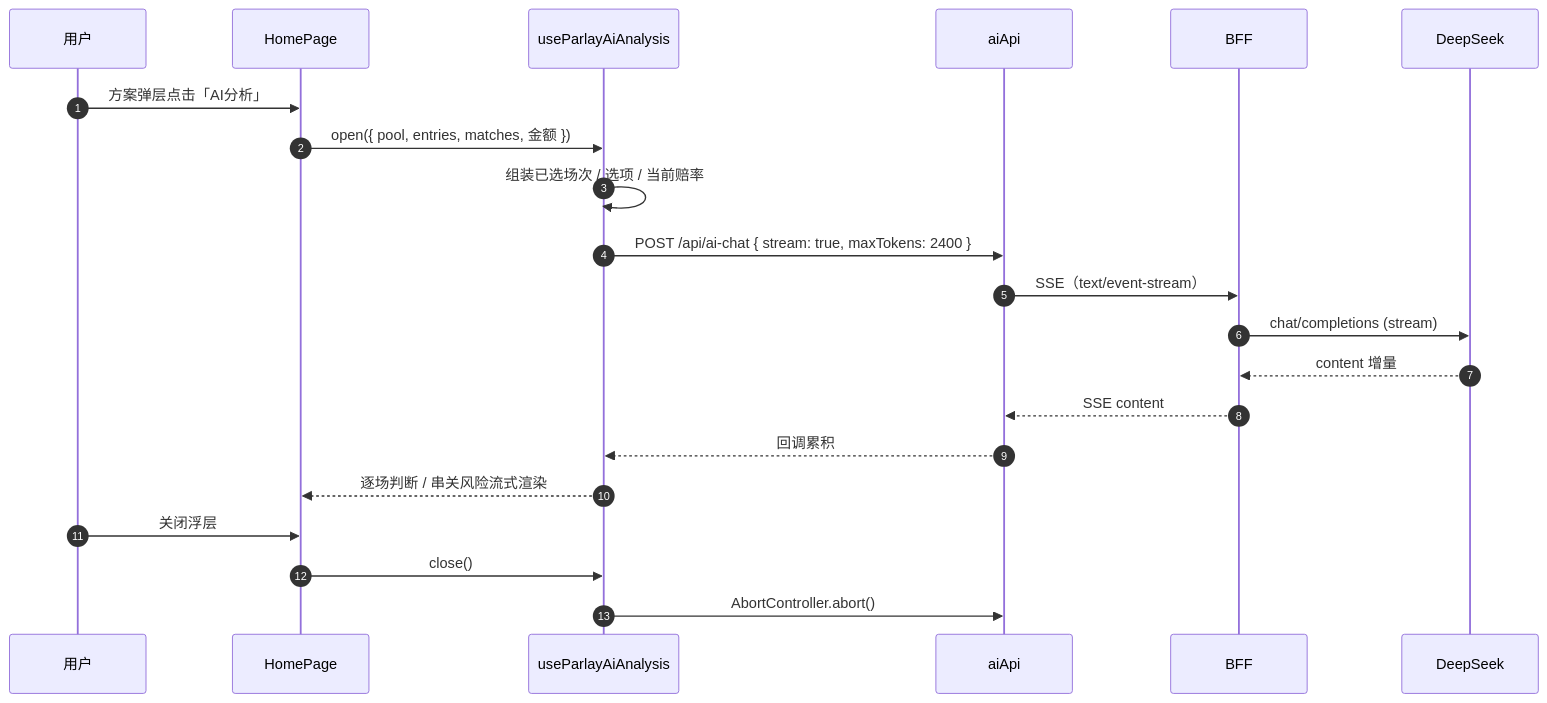
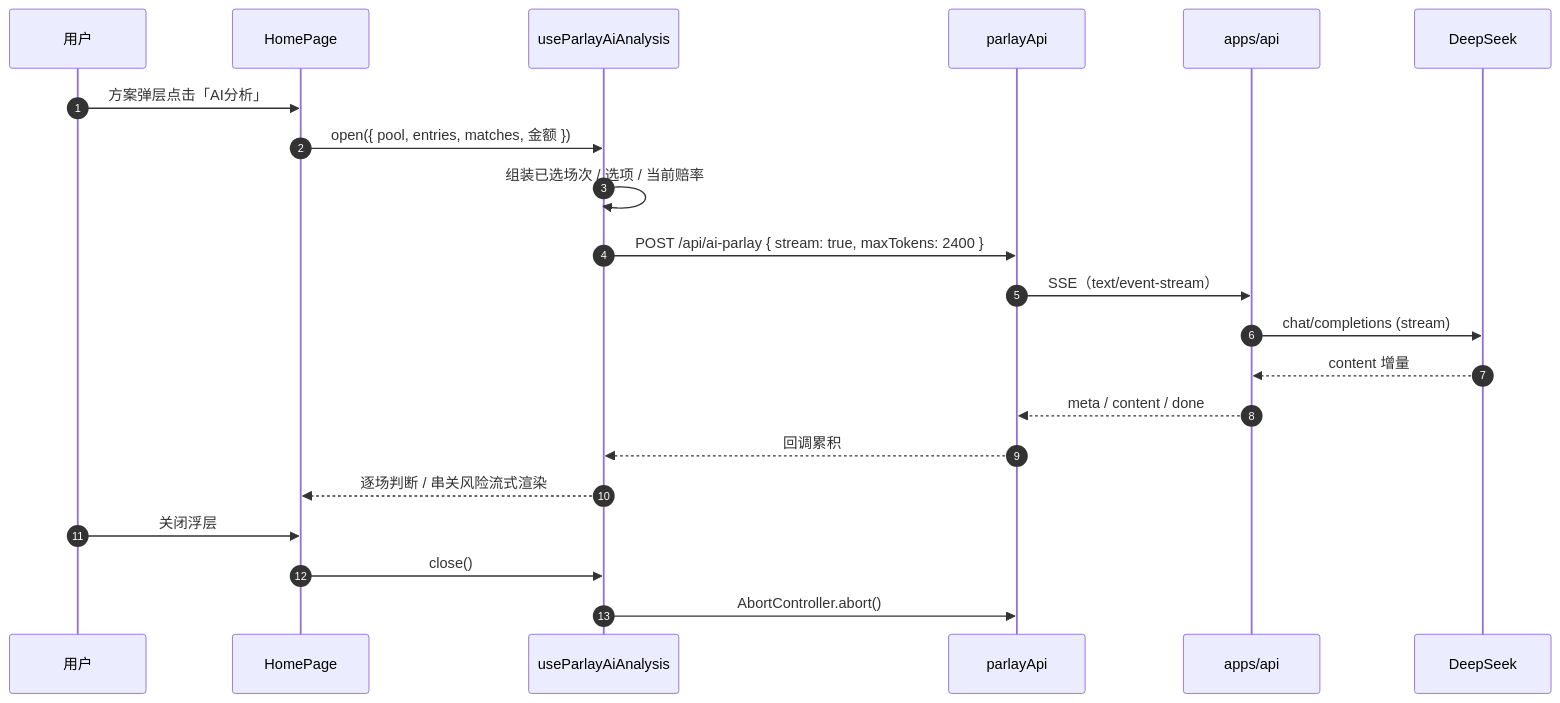
Before and after one commit to yJ2018/ticai: the seventh of 10 diagrams in docs/architecture.md, drawn with Mermaid. The commit also changed other lines of this file and 11 other files, not shown here.

Commit message:
docs: 同步 README、架构图与接口/爬虫/数据库文档到当前实现

````diff
--- a/docs/architecture.md
+++ b/docs/architecture.md
@@ -511,24 +576,24 @@
 ```mermaid
 sequenceDiagram
   autonumber
   participant U as 用户
   participant HP as HomePage
   participant PA as useParlayAiAnalysis
-  participant CH as aiApi
-  participant BFF as BFF
+  participant CH as parlayApi
+  participant API as apps/api
   participant DS as DeepSeek
 
   U->>HP: 方案弹层点击「AI分析」
   HP->>PA: open({ pool, entries, matches, 金额 })
   PA->>PA: 组装已选场次 / 选项 / 当前赔率
-  PA->>CH: POST /api/ai-chat { stream: true, maxTokens: 2400 }
-  CH->>BFF: SSE（text/event-stream）
-  BFF->>DS: chat/completions (stream)
-  DS-->>BFF: content 增量
-  BFF-->>CH: SSE content
+  PA->>CH: POST /api/ai-parlay { stream: true, maxTokens: 2400 }
+  CH->>API: SSE（text/event-stream）
+  API->>DS: chat/completions (stream)
+  DS-->>API: content 增量
+  API-->>CH: meta / content / done
   CH-->>PA: 回调累积
   PA-->>HP: 逐场判断 / 串关风险流式渲染
   U->>HP: 关闭浮层
   HP->>PA: close()
   PA->>CH: AbortController.abort()
 ```
````
